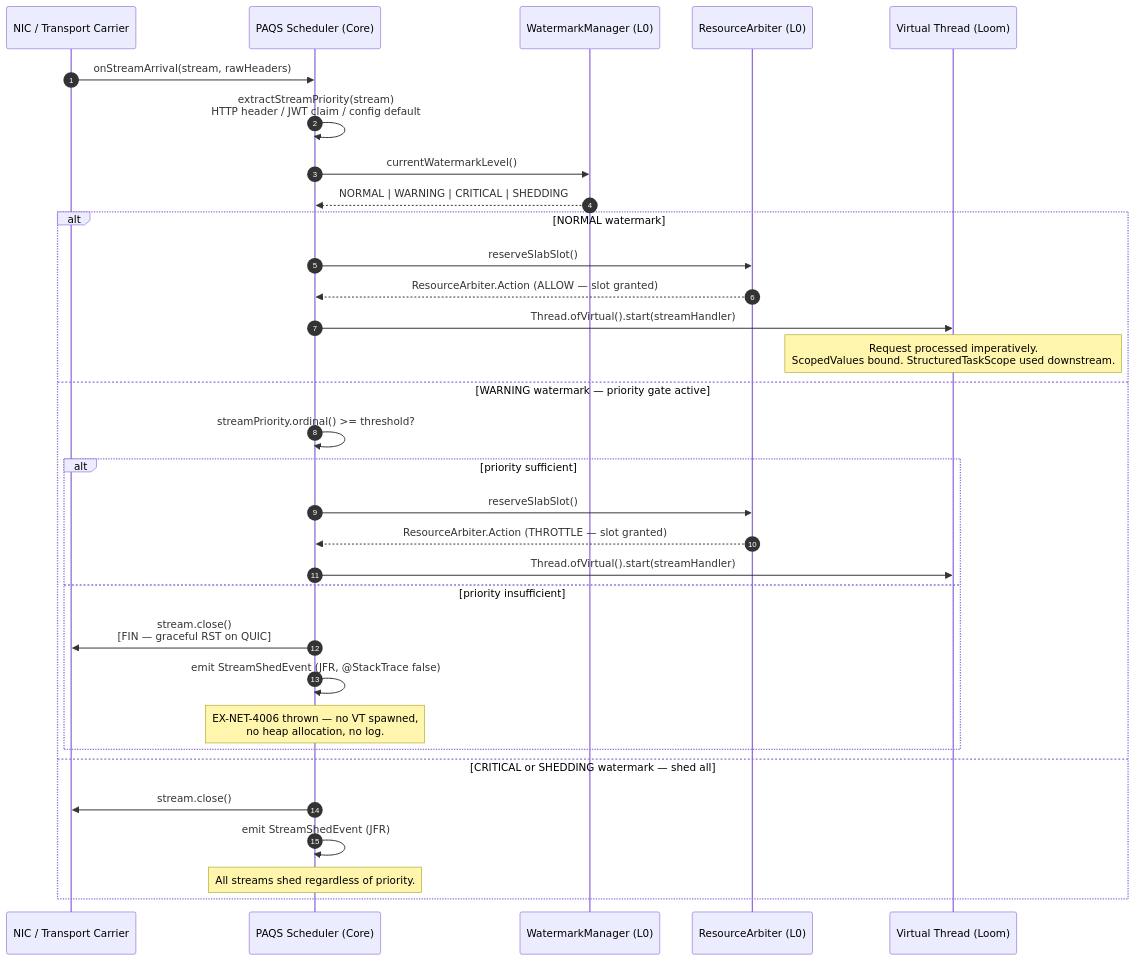
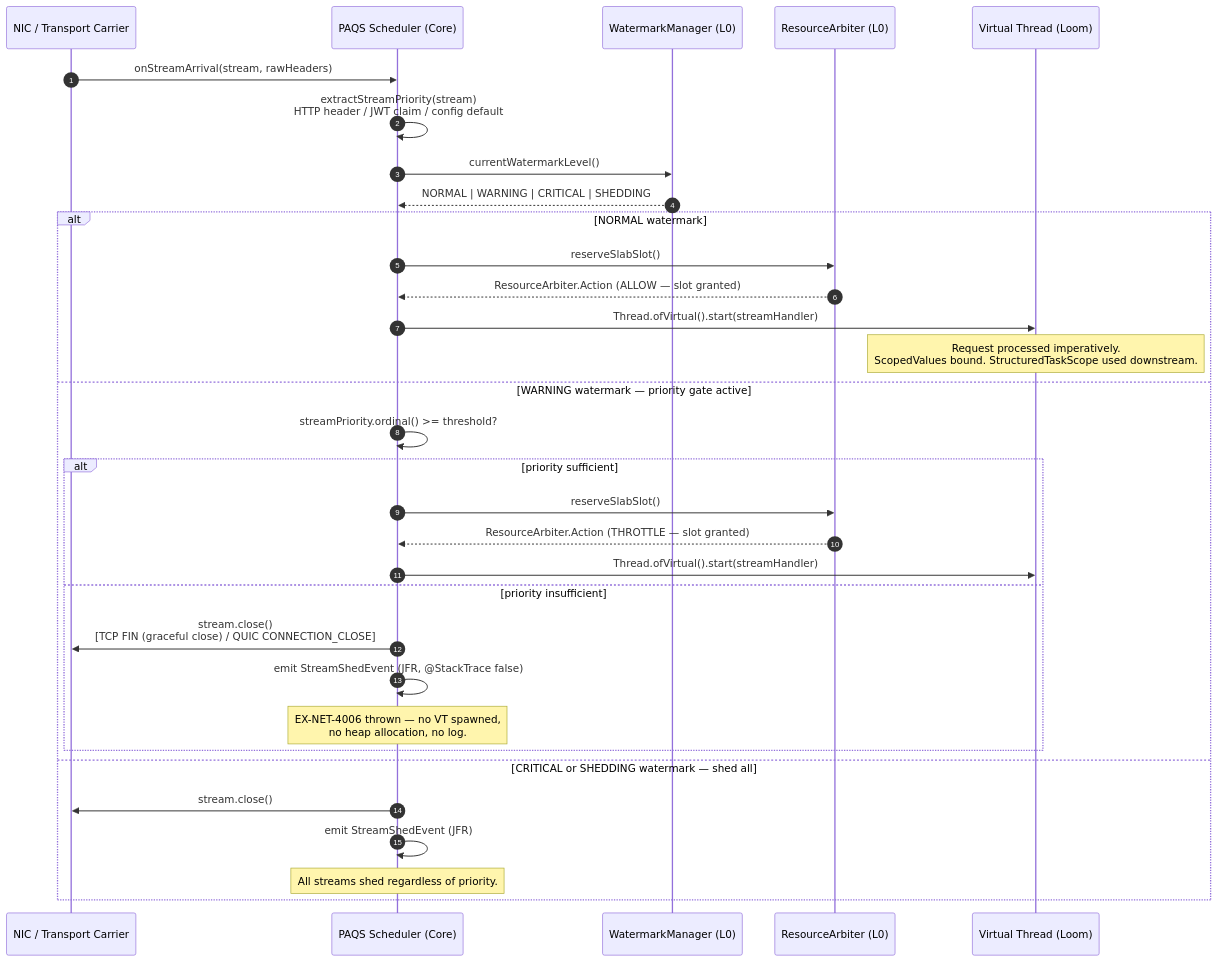
The diagram in docs/subsystems/transport.md (exeris-systems/exeris-kernel), drawn with Mermaid before and after one commit. The commit also changed 5 other files, not shown here.

Commit message:
update(docs): Revise documentation for clarity and accuracy in community, bootstrap, config, telemetry, transport, and architecture modules

````diff
--- a/docs/subsystems/transport.md
+++ b/docs/subsystems/transport.md
@@ -184,37 +184,37 @@
 ```mermaid
 sequenceDiagram
     autonumber
     participant NIC   as NIC / Transport Carrier
     participant PAQS  as PAQS Scheduler (Core)
     participant WM    as WatermarkManager (L0)
     participant RA    as ResourceArbiter (L0)
     participant VT    as Virtual Thread (Loom)
 
     NIC->>PAQS: onStreamArrival(stream, rawHeaders)
     PAQS->>PAQS: extractStreamPriority(stream)<br/>HTTP header / JWT claim / config default
 
     PAQS->>WM: currentWatermarkLevel()
     WM-->>PAQS: NORMAL | WARNING | CRITICAL | SHEDDING
 
     alt NORMAL watermark
         PAQS->>RA: reserveSlabSlot()
         RA-->>PAQS: ResourceArbiter.Action (ALLOW — slot granted)
         PAQS->>VT: Thread.ofVirtual().start(streamHandler)
         Note over VT: Request processed imperatively.<br/>ScopedValues bound. StructuredTaskScope used downstream.
     else WARNING watermark — priority gate active
         PAQS->>PAQS: streamPriority.ordinal() >= threshold?
         alt priority sufficient
             PAQS->>RA: reserveSlabSlot()
             RA-->>PAQS: ResourceArbiter.Action (THROTTLE — slot granted)
             PAQS->>VT: Thread.ofVirtual().start(streamHandler)
         else priority insufficient
-            PAQS->>NIC: stream.close()<br/>[FIN — graceful RST on QUIC]
+            PAQS->>NIC: stream.close()<br/>[TCP FIN (graceful close) / QUIC CONNECTION_CLOSE]
             PAQS->>PAQS: emit StreamShedEvent (JFR, @StackTrace false)
             Note over PAQS: EX-NET-4006 thrown — no VT spawned,<br/>no heap allocation, no log.
         end
     else CRITICAL or SHEDDING watermark — shed all
         PAQS->>NIC: stream.close()
         PAQS->>PAQS: emit StreamShedEvent (JFR)
         Note over PAQS: All streams shed regardless of priority.
     end
 ```
````
